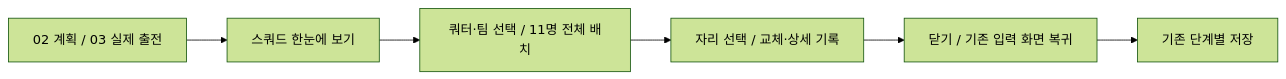
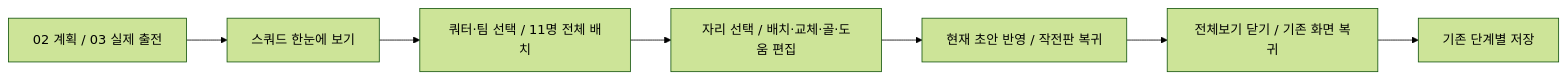
Before and after one commit to ksmlucky/jochook-on: the diagram in docs/mobile-squad-overview.md, drawn with Mermaid (forest theme). The commit also changed other lines of this file and 6 other files, not shown here.

````diff
--- a/docs/mobile-squad-overview.md
+++ b/docs/mobile-squad-overview.md
@@ -16,8 +17,9 @@
 ```mermaid
 flowchart LR
   A[02 계획 / 03 실제 출전] --> B[스쿼드 한눈에 보기]
   B --> C[쿼터·팀 선택 / 11명 전체 배치]
-  C --> D[자리 선택 / 교체·상세 기록]
-  D --> E[닫기 / 기존 입력 화면 복귀]
+  C --> D[자리 선택 / 배치·교체·골·도움 편집]
+  D --> G[현재 초안 반영 / 작전판 복귀]
+  G --> E[전체보기 닫기 / 기존 화면 복귀]
   E --> F[기존 단계별 저장]
 ```
````
